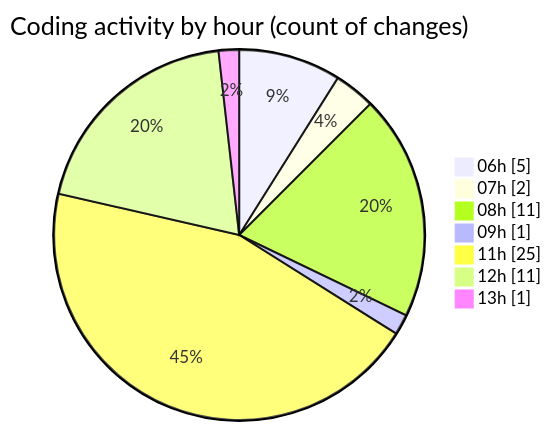
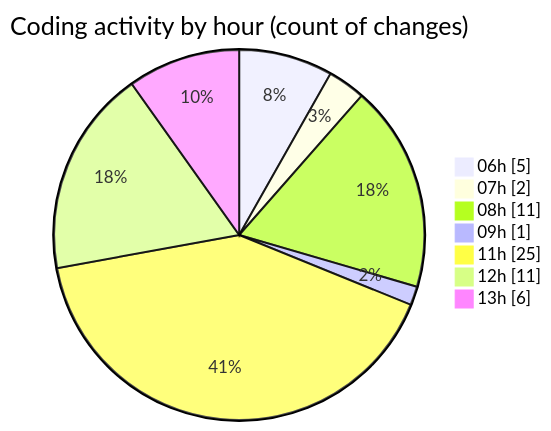
One commit to vahidmafi/code-tracking changed the second of 2 diagrams in 2025-04-17/zeytoon/README.md. Above: the diagram before and after it, drawn with Mermaid. The commit also changed other lines of this file and 1 other file, not shown here.

````diff
--- a/2025-04-17/zeytoon/README.md
+++ b/2025-04-17/zeytoon/README.md
@@ -40,11 +40,11 @@
 ```mermaid
 pie showData
 title Coding activity by hour (count of changes)
 "06h" : 5
 "07h" : 2
 "08h" : 11
 "09h" : 1
 "11h" : 25
 "12h" : 11
-"13h" : 1
+"13h" : 6
 ```
````
